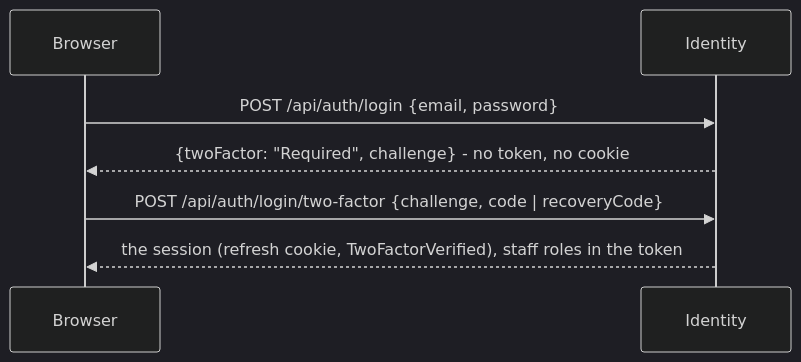
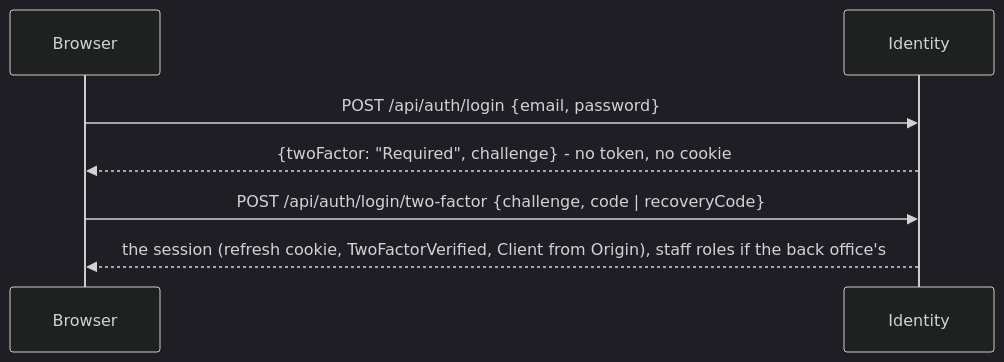
The diagram in docs/features/auth/totp-two-factor.md (jessiicamaru/e-commerce-asp-dotnet-practice), drawn with Mermaid (dark theme) before and after one commit. The commit also changed other lines of this file and 73 other files, not shown here.

First line of the commit message:
feat(identity): staff roles only in a back-office session (#284)

````diff
--- a/docs/features/auth/totp-two-factor.md
+++ b/docs/features/auth/totp-two-factor.md
@@ -166,9 +185,9 @@
 ```mermaid
 sequenceDiagram
     participant B as Browser
     participant I as Identity
     B->>I: POST /api/auth/login {email, password}
     I-->>B: {twoFactor: "Required", challenge} - no token, no cookie
     B->>I: POST /api/auth/login/two-factor {challenge, code | recoveryCode}
-    I-->>B: the session (refresh cookie, TwoFactorVerified), staff roles in the token
+    I-->>B: the session (refresh cookie, TwoFactorVerified, Client from Origin), staff roles if the back office's
 ```
````
